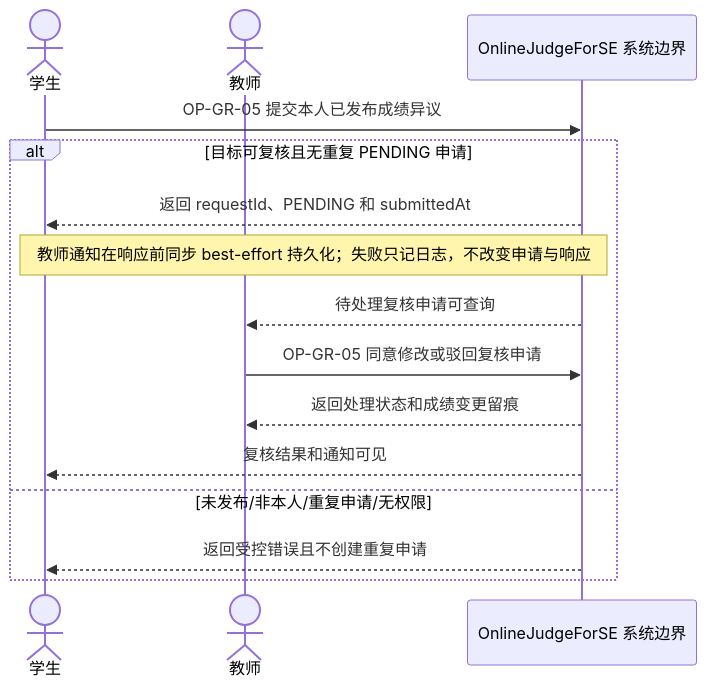
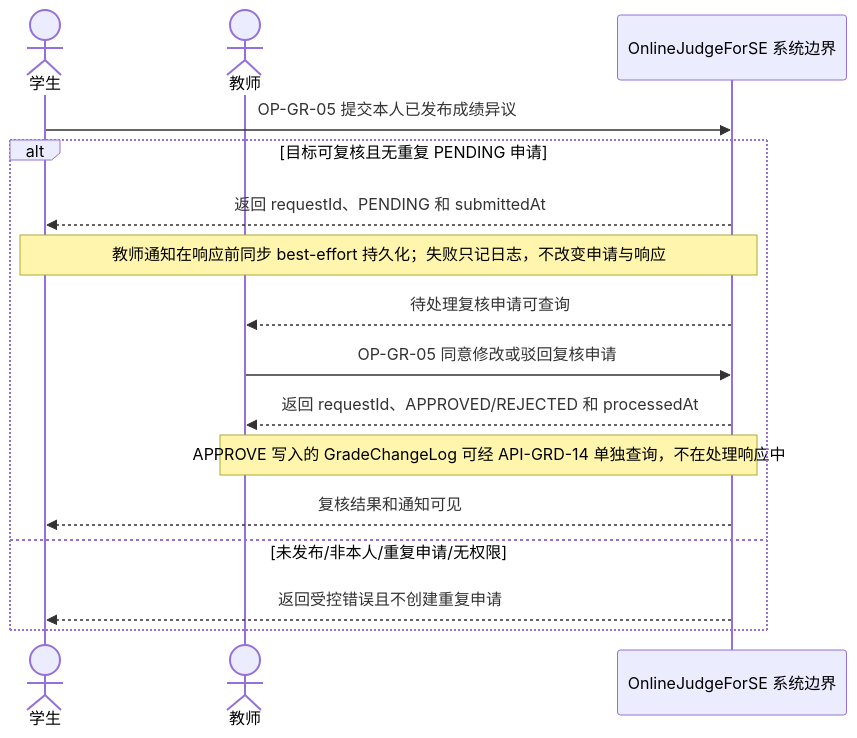
The diagram in docs/diagrams/srs/fig_4_22_grade_review_ssd.mmd (Cr4zyorange/OnlineJudge), drawn with Mermaid before and after one commit. The commit also changed 10 other files, not shown here.

```diff
--- a/docs/diagrams/srs/fig_4_22_grade_review_ssd.mmd
+++ b/docs/diagrams/srs/fig_4_22_grade_review_ssd.mmd
@@ -1,15 +1,16 @@
 sequenceDiagram
   actor Student as 学生
   actor Teacher as 教师
   participant System as OnlineJudgeForSE 系统边界
   Student->>System: OP-GR-05 提交本人已发布成绩异议
   alt 目标可复核且无重复 PENDING 申请
     System-->>Student: 返回 requestId、PENDING 和 submittedAt
     Note over Student,System: 教师通知在响应前同步 best-effort 持久化；失败只记日志，不改变申请与响应
     System-->>Teacher: 待处理复核申请可查询
     Teacher->>System: OP-GR-05 同意修改或驳回复核申请
-    System-->>Teacher: 返回处理状态和成绩变更留痕
+    System-->>Teacher: 返回 requestId、APPROVED/REJECTED 和 processedAt
+    Note over Teacher,System: APPROVE 写入的 GradeChangeLog 可经 API-GRD-14 单独查询，不在处理响应中
     System-->>Student: 复核结果和通知可见
   else 未发布/非本人/重复申请/无权限
     System-->>Student: 返回受控错误且不创建重复申请
   end
```
